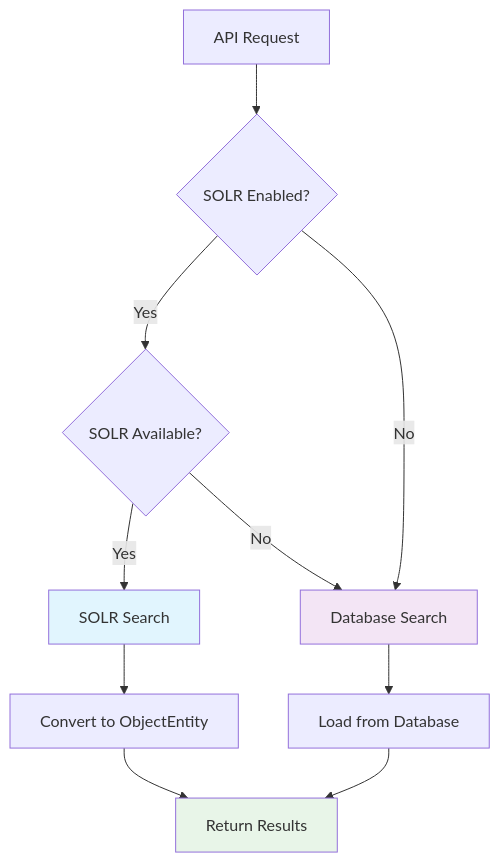
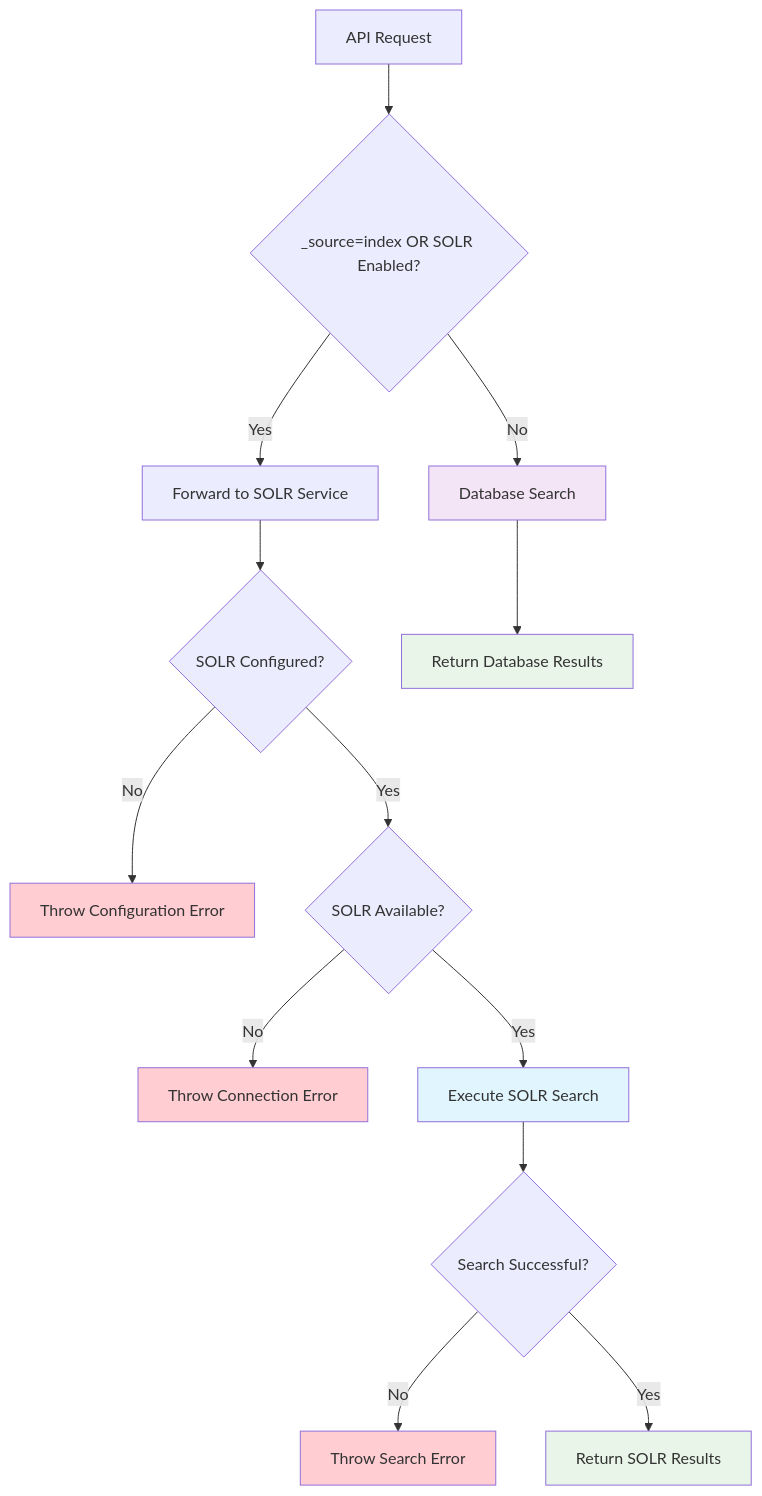
One commit to ConductionNL/openregister changed the first of 10 diagrams in website/docs/solr-search-engine.md. Above: the diagram before and after it, drawn with Mermaid. The commit also changed other lines of this file and 2 other files, not shown here.

First line of the commit message:
refactor: simplify SOLR source selection and improve error handling

````diff
--- a/website/docs/solr-search-engine.md
+++ b/website/docs/solr-search-engine.md
@@ -9,16 +9,23 @@
 ```mermaid
 graph TB
-    A[API Request] --> B{SOLR Enabled?}
-    B -->|Yes| C{SOLR Available?}
+    A[API Request] --> B{_source=index OR SOLR Enabled?}
+    B -->|Yes| C[Forward to SOLR Service]
     B -->|No| H[Database Search]
-    C -->|Yes| D[SOLR Search]
-    C -->|No| H[Database Search]
-    D --> E[Convert to ObjectEntity]
-    H --> F[Load from Database]
-    E --> G[Return Results]
-    F --> G
+    C --> D{SOLR Configured?}
+    D -->|No| E[Throw Configuration Error]
+    D -->|Yes| F{SOLR Available?}
+    F -->|No| G[Throw Connection Error]
+    F -->|Yes| I[Execute SOLR Search]
+    I --> J{Search Successful?}
+    J -->|No| K[Throw Search Error]
+    J -->|Yes| L[Return SOLR Results]
+    H --> M[Return Database Results]
     
-    style D fill:#e1f5fe
+    style I fill:#e1f5fe
     style H fill:#f3e5f5
-    style G fill:#e8f5e8
+    style L fill:#e8f5e8
+    style M fill:#e8f5e8
+    style E fill:#ffcdd2
+    style G fill:#ffcdd2
+    style K fill:#ffcdd2
 ```
````
